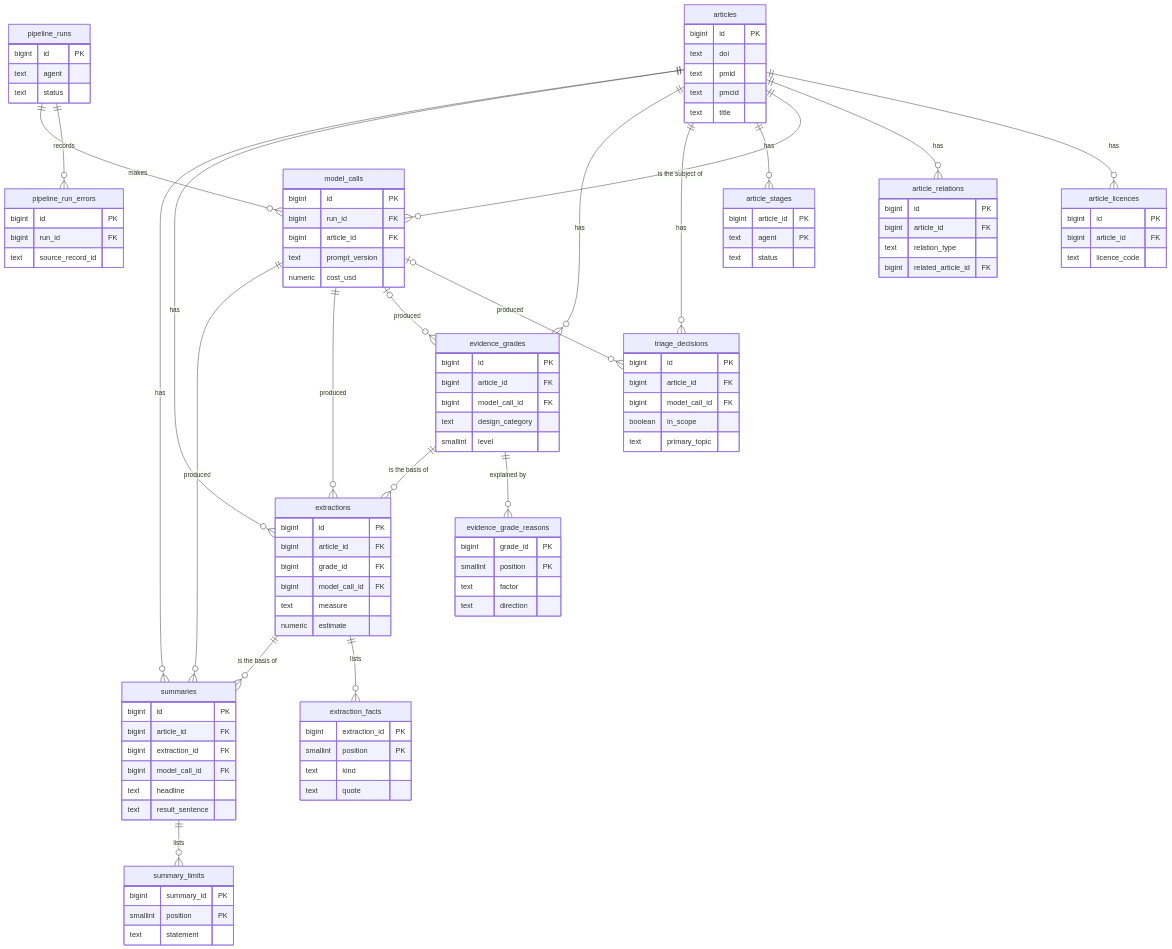
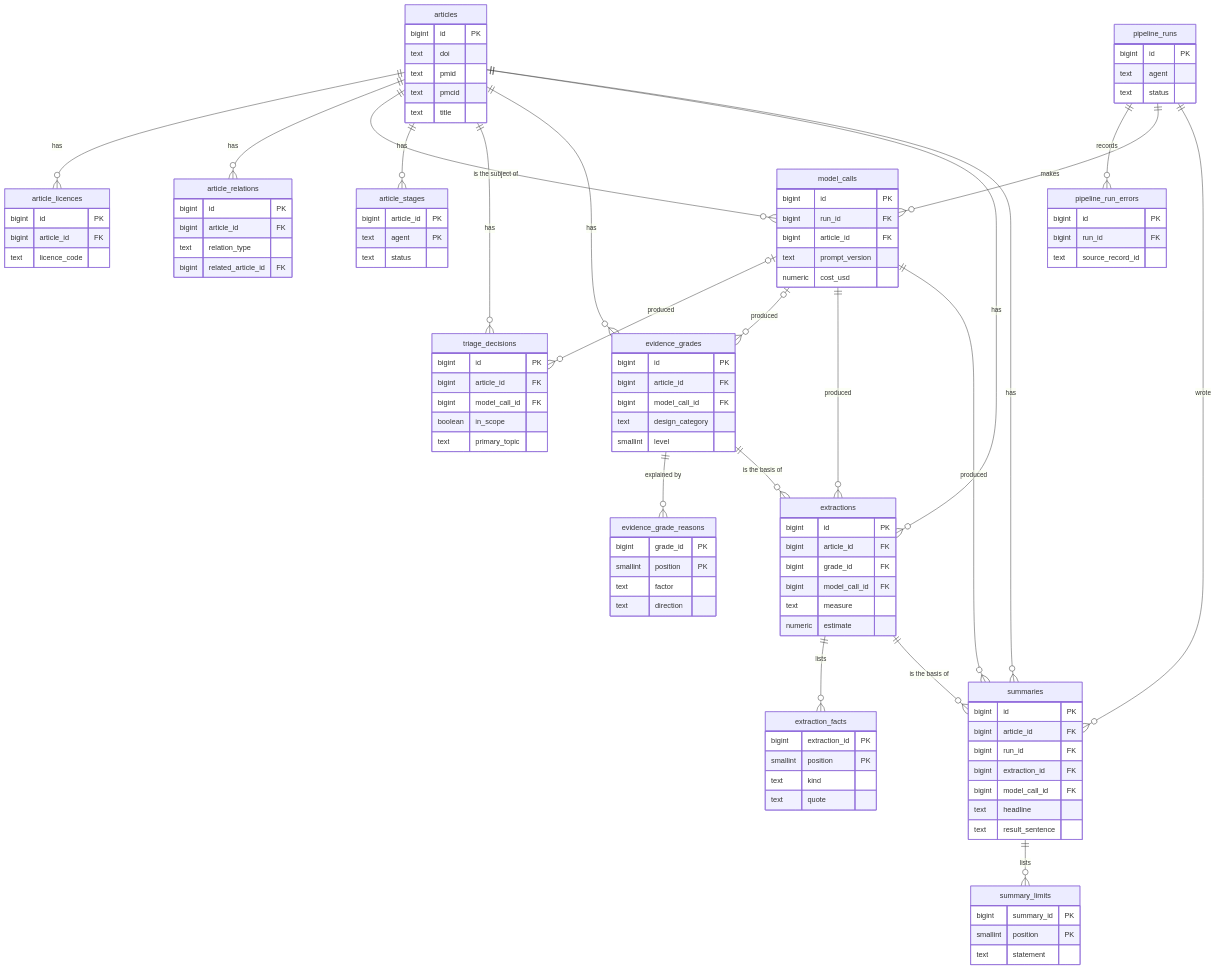
Before and after one commit to wpalombini/nutri-minutes: the diagram in docs/database.md, drawn with Mermaid. The commit also changed other lines of this file and 1 other file, not shown here.

```diff
--- a/docs/database.md
+++ b/docs/database.md
@@ -24,6 +24,7 @@
     model_calls ||--o{ extractions : "produced"
     extractions ||--o{ extraction_facts : "lists"
     articles ||--o{ summaries : "has"
+    pipeline_runs ||--o{ summaries : "wrote"
     extractions ||--o{ summaries : "is the basis of"
     model_calls ||--o{ summaries : "produced"
     summaries ||--o{ summary_limits : "lists"
@@ -105,6 +106,7 @@
     summaries {
         bigint id PK
         bigint article_id FK
+        bigint run_id FK
         bigint extraction_id FK
         bigint model_call_id FK
         text headline
```
